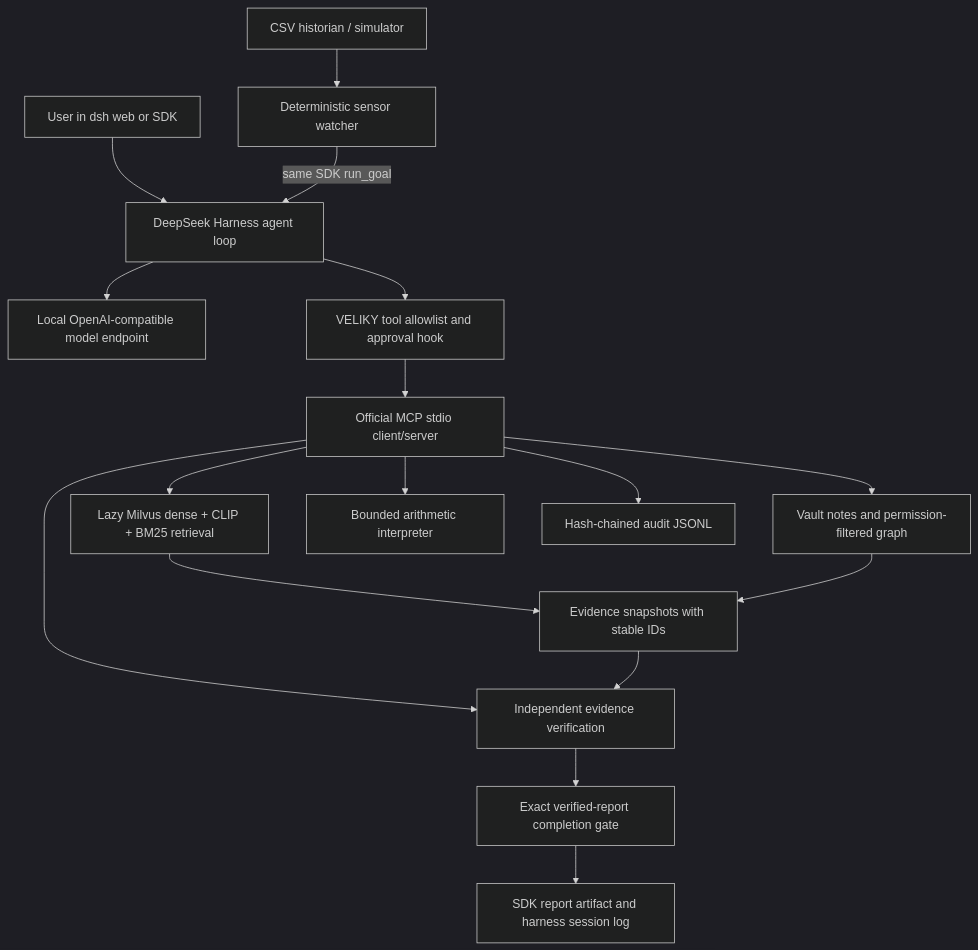
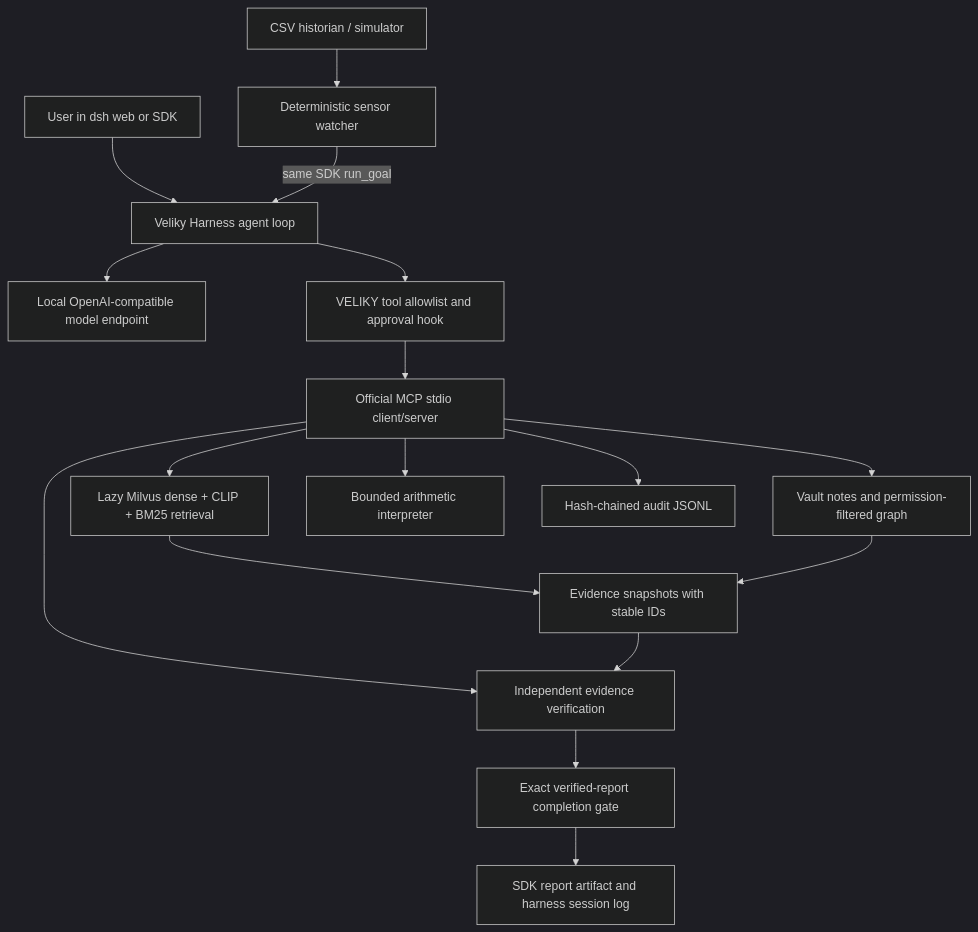
One commit to MOKSH90/Veliky changed the diagram in tflite/RAG/README.md. Above: the diagram before and after it, drawn with Mermaid (dark theme). The commit also changed other lines of this file and 10682 other files, not shown here.

````diff
--- a/tflite/RAG/README.md
+++ b/tflite/RAG/README.md
@@ -5,19 +5,19 @@
 ```mermaid
 flowchart TD
-    U[User in dsh web or SDK] --> H[DeepSeek Harness agent loop]
+    U[User in dsh web or SDK] --> H[Veliky Harness agent loop]
     S[CSV historian / simulator] --> W[Deterministic sensor watcher]
     W -->|same SDK run_goal| H
     H --> L[Local OpenAI-compatible model endpoint]
     H --> P[VELIKY tool allowlist and approval hook]
     P --> M[Official MCP stdio client/server]
     M --> R[Lazy Milvus dense + CLIP + BM25 retrieval]
     M --> V[Vault notes and permission-filtered graph]
     M --> C[Bounded arithmetic interpreter]
     M --> E[Independent evidence verification]
     R --> D[Evidence snapshots with stable IDs]
     V --> D
     D --> E
     E --> G[Exact verified-report completion gate]
     G --> A[SDK report artifact and harness session log]
     M --> J[Hash-chained audit JSONL]
 ```
````
